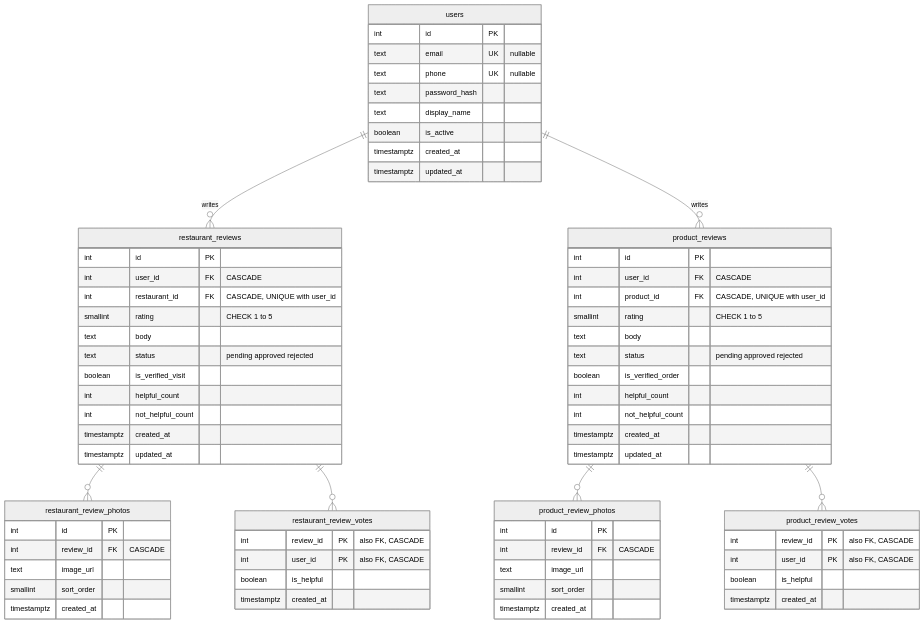
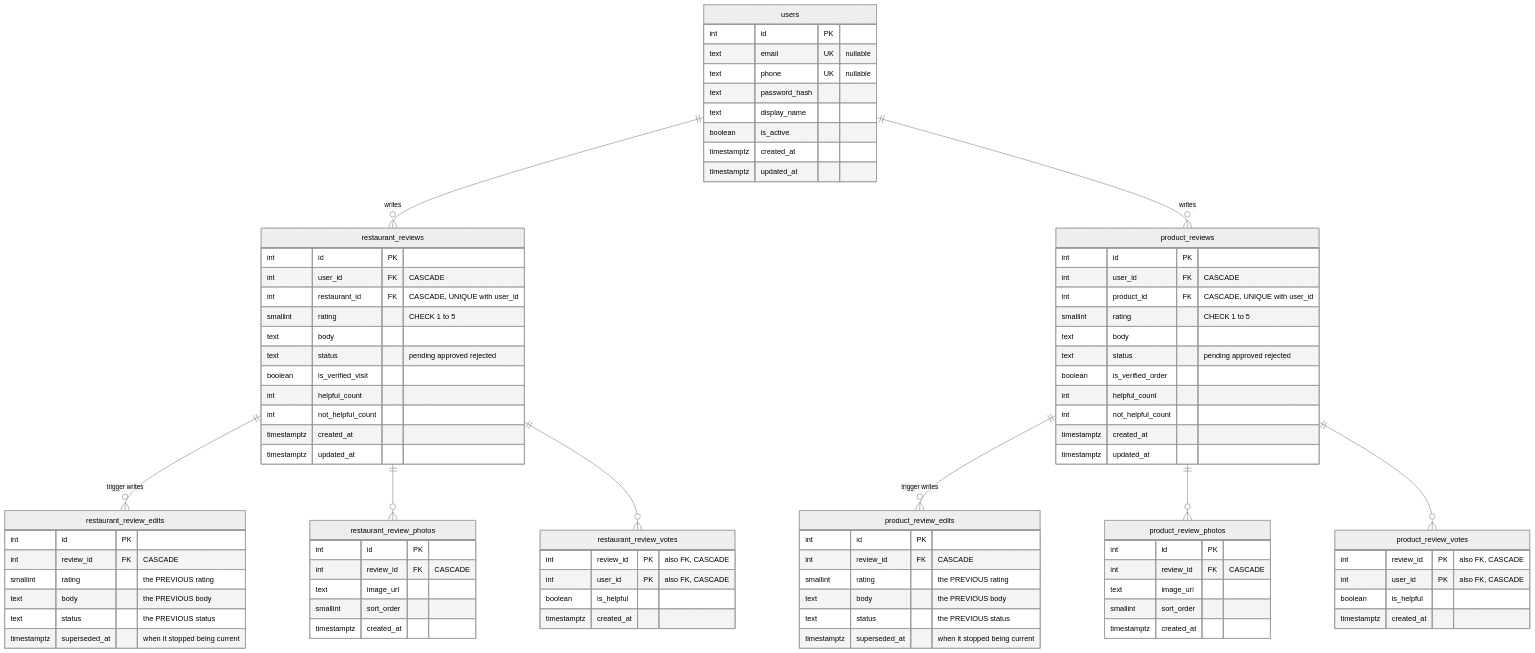
Before and after one commit to shohanchowdhury/khawon-api: the fifth of 5 diagrams in docs/SCHEMA.md, drawn with Mermaid (neutral theme). The commit also changed other lines of this file and 10 other files, not shown here.

First line of the commit message:
feat(reviews): keep edit history for both review stacks

```diff
--- a/docs/SCHEMA.md
+++ b/docs/SCHEMA.md
@@ -374,8 +376,26 @@
         boolean is_helpful
         timestamptz created_at
     }
+    restaurant_review_edits {
+        int id PK
+        int review_id FK "CASCADE"
+        smallint rating "the PREVIOUS rating"
+        text body "the PREVIOUS body"
+        text status "the PREVIOUS status"
+        timestamptz superseded_at "when it stopped being current"
+    }
+    product_review_edits {
+        int id PK
+        int review_id FK "CASCADE"
+        smallint rating "the PREVIOUS rating"
+        text body "the PREVIOUS body"
+        text status "the PREVIOUS status"
+        timestamptz superseded_at "when it stopped being current"
+    }
     users ||--o{ restaurant_reviews : writes
     users ||--o{ product_reviews : writes
+    restaurant_reviews ||--o{ restaurant_review_edits : "trigger writes"
+    product_reviews ||--o{ product_review_edits : "trigger writes"
     restaurant_reviews ||--o{ restaurant_review_photos : ""
     restaurant_reviews ||--o{ restaurant_review_votes : ""
     product_reviews ||--o{ product_review_photos : ""
```
